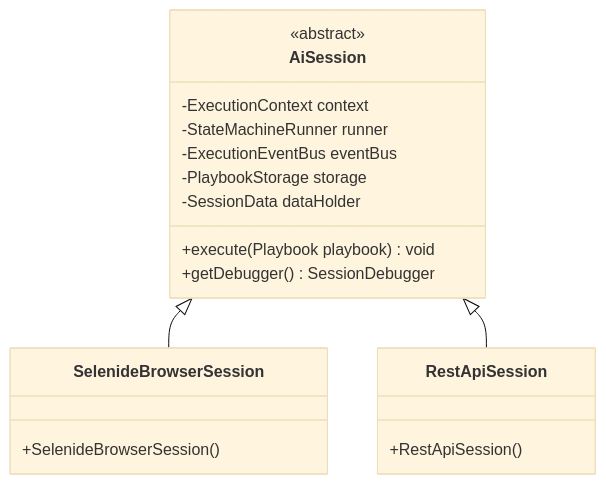
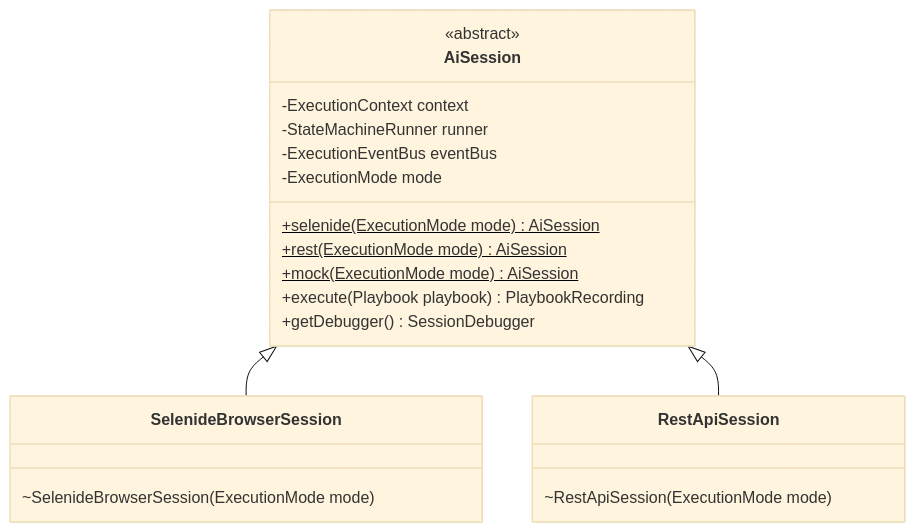
One commit to Xceptance/neodymium changed the third of 9 diagrams in doc/redesign-v2/architecture.md. Above: the diagram before and after it, drawn with Mermaid (base theme). The commit also changed other lines of this file, not shown here.

````diff
--- a/doc/redesign-v2/architecture.md
+++ b/doc/redesign-v2/architecture.md
@@ -266,22 +313,24 @@
 ```mermaid
 classDiagram
     class AiSession {
         <<abstract>>
         -ExecutionContext context
         -StateMachineRunner runner
         -ExecutionEventBus eventBus
-        -PlaybookStorage storage
-        -SessionData dataHolder
-        +execute(Playbook playbook) void
+        -ExecutionMode mode
+        +selenide(ExecutionMode mode) AiSession$
+        +rest(ExecutionMode mode) AiSession$
+        +mock(ExecutionMode mode) AiSession$
+        +execute(Playbook playbook) PlaybookRecording
         +getDebugger() SessionDebugger
     }
     class SelenideBrowserSession {
-        +SelenideBrowserSession()
+        ~SelenideBrowserSession(ExecutionMode mode)
     }
     class RestApiSession {
-        +RestApiSession()
+        ~RestApiSession(ExecutionMode mode)
     }
 
     AiSession <|-- SelenideBrowserSession
     AiSession <|-- RestApiSession
 ```
````
